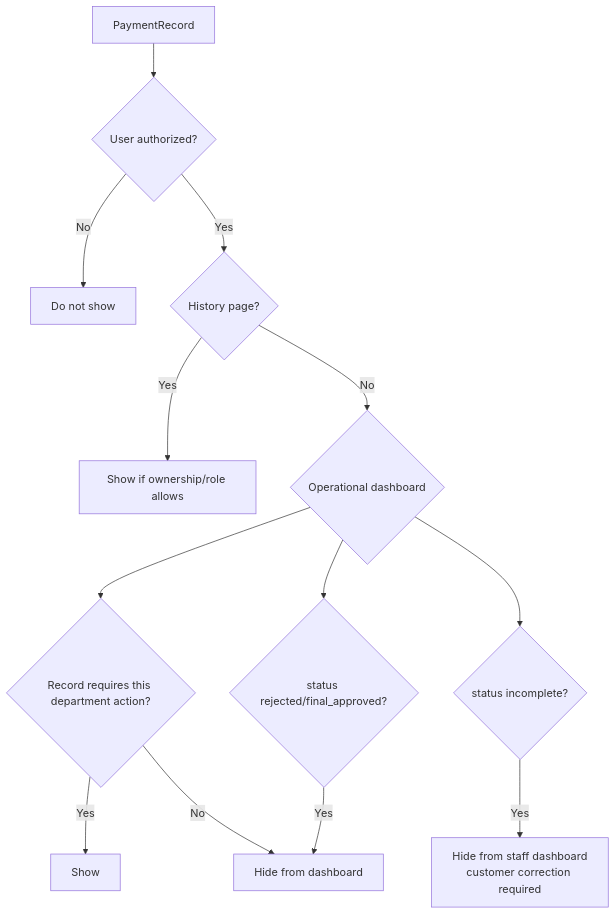
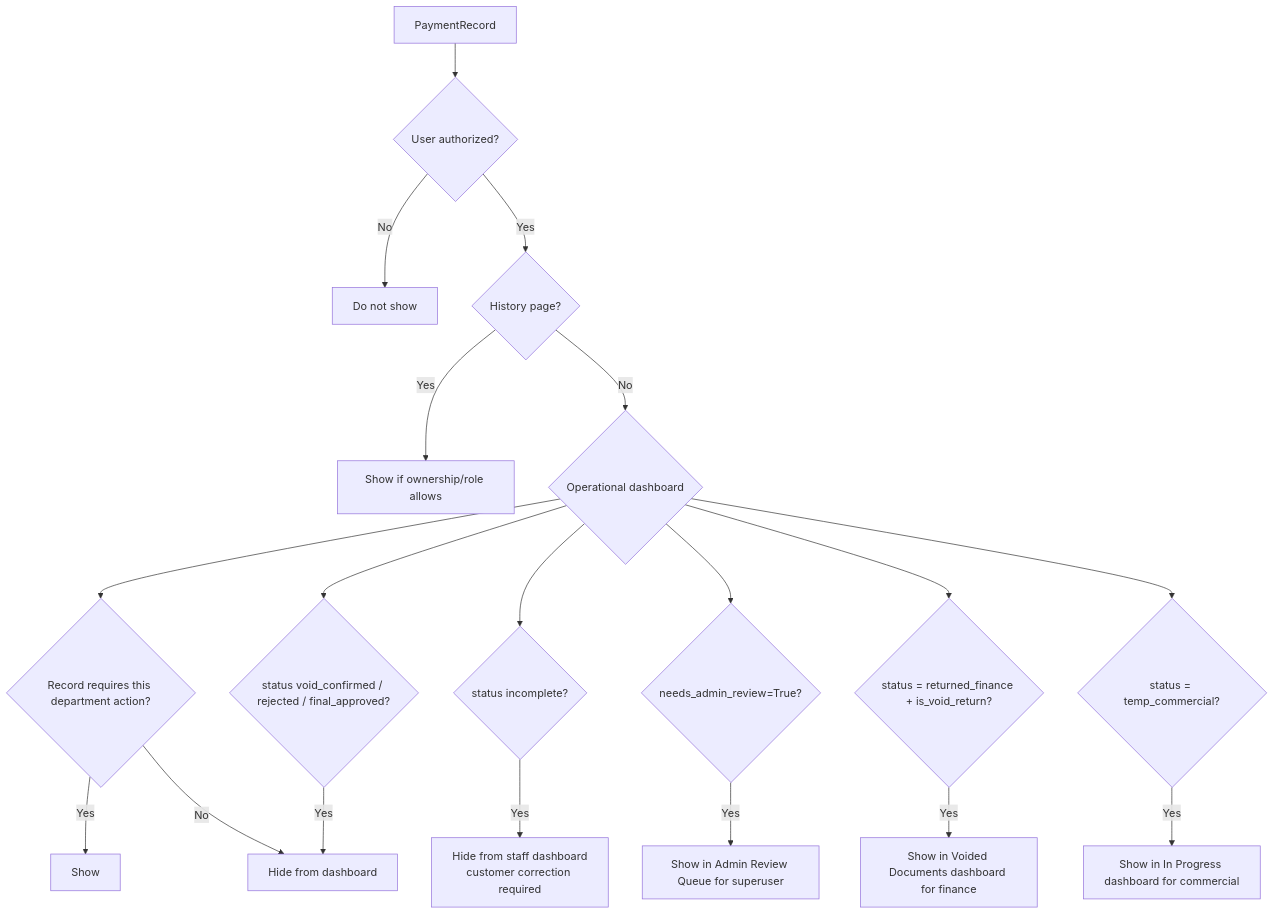
Before and after one commit to Aramousa/payment_app: the third of 3 diagrams in core/docs/payment_receipt_workflow_flowchart.md, drawn with Mermaid. The commit also changed other lines of this file and 5 other files, not shown here.

Commit message:
ّFlag Status Update and Documents update

````diff
--- a/core/docs/payment_receipt_workflow_flowchart.md
+++ b/core/docs/payment_receipt_workflow_flowchart.md
@@ -160,15 +199,21 @@
 ```mermaid
 flowchart TD
     A[PaymentRecord] --> B{User authorized?}
     B -- No --> C[Do not show]
     B -- Yes --> D{History page?}
     D -- Yes --> E[Show if ownership/role allows]
     D -- No --> F{Operational dashboard}
     F --> G{Record requires this department action?}
     G -- Yes --> H[Show]
     G -- No --> I[Hide from dashboard]
-    F --> J{status rejected/final_approved?}
+    F --> J{status void_confirmed / rejected / final_approved?}
     J -- Yes --> I
     F --> K{status incomplete?}
     K -- Yes --> L[Hide from staff dashboard<br/>customer correction required]
+    F --> M{needs_admin_review=True?}
+    M -- Yes --> N[Show in Admin Review Queue for superuser]
+    F --> O{status = returned_finance + is_void_return?}
+    O -- Yes --> P[Show in Voided Documents dashboard for finance]
+    F --> Q{status = temp_commercial?}
+    Q -- Yes --> R[Show in In Progress dashboard for commercial]
 ```
````
